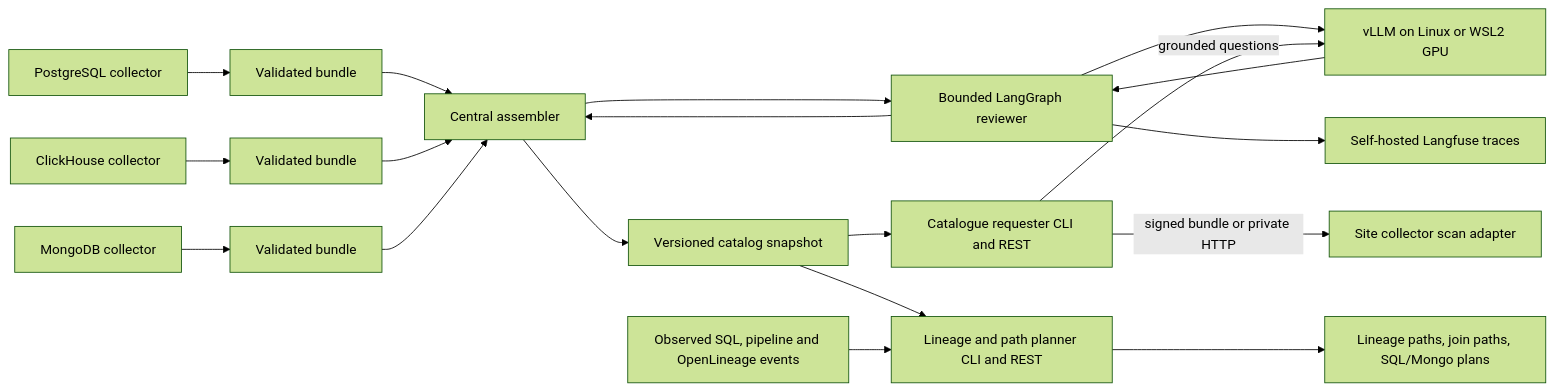
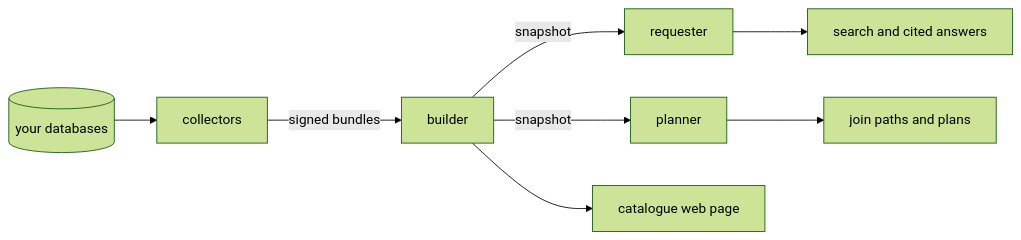
The diagram in README.md (bayern4teams/db-catalogue), drawn with Mermaid (forest theme) before and after one commit. The commit also changed other lines of this file and 5 other files, not shown here.

````diff
--- a/README.md
+++ b/README.md
@@ -9,21 +16,10 @@
 ```mermaid
 flowchart LR
-  PG[PostgreSQL collector] --> B1[Validated bundle]
-  CH[ClickHouse collector] --> B2[Validated bundle]
-  MO[MongoDB collector] --> B3[Validated bundle]
-  B1 --> A[Central assembler]
-  B2 --> A
-  B3 --> A
-  A --> L[Bounded LangGraph reviewer]
-  L --> V[vLLM on Linux or WSL2 GPU]
-  V --> L
-  L --> F[Self-hosted Langfuse traces]
-  L --> A
-  A --> IR[Versioned catalog snapshot]
-  IR --> R[Catalogue requester CLI and REST]
-  IR --> P[Lineage and path planner CLI and REST]
-  O[Observed SQL, pipeline and OpenLineage events] --> P
-  R -->|signed bundle or private HTTP| C[Site collector scan adapter]
-  R -->|grounded questions| V
-  P --> X[Lineage paths, join paths, SQL/Mongo plans]
+  DB[(your databases)] --> C[collectors]
+  C -->|signed bundles| B[builder]
+  B -->|snapshot| R[requester]
+  B -->|snapshot| P[planner]
+  R --> A[search and cited answers]
+  P --> X[join paths and plans]
+  B --> H[catalogue web page]
 ```
````
